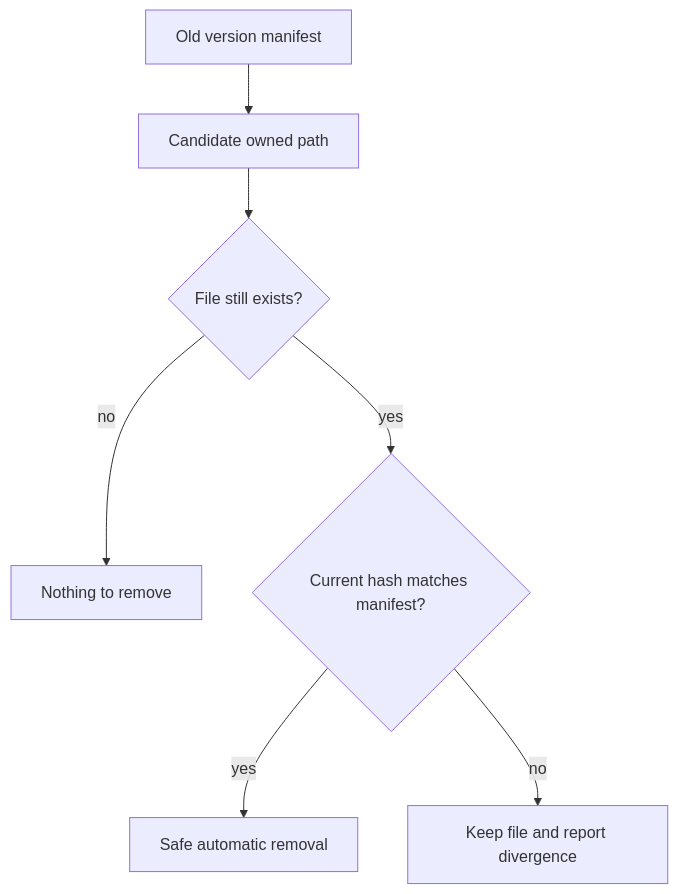
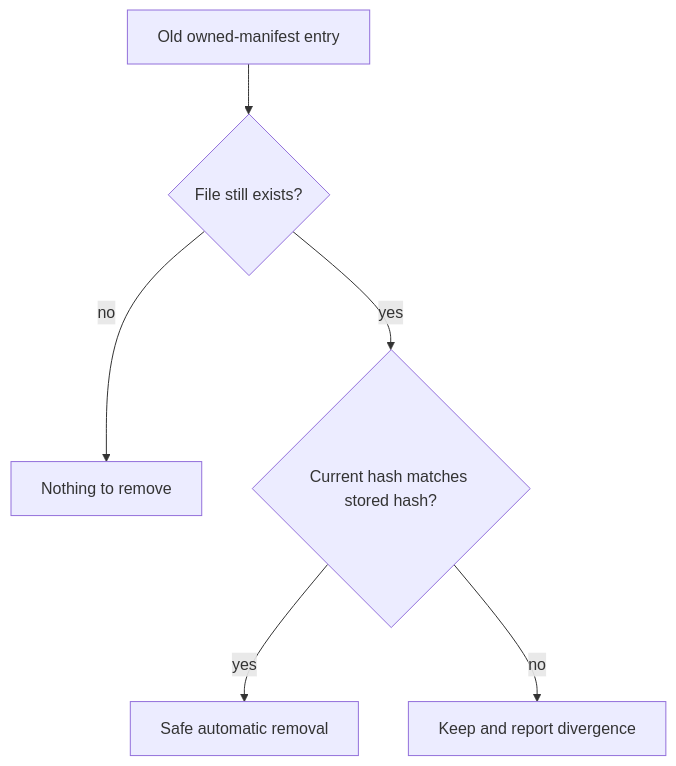
One commit to adeccscholar/BuildEngine-Admin changed the sixth of 10 diagrams in admin/server-docs/library-extensions.md. Above: the diagram before and after it, drawn with Mermaid. The commit also changed other lines of this file, not shown here.

````diff
--- a/admin/server-docs/library-extensions.md
+++ b/admin/server-docs/library-extensions.md
@@ -278,9 +275,8 @@
 ```mermaid
 flowchart TD
-    O[Old version manifest] --> P[Candidate owned path]
-    P --> E{File still exists?}
+    O[Old owned-manifest entry] --> E{File still exists?}
     E -- no --> N[Nothing to remove]
-    E -- yes --> H{Current hash matches manifest?}
+    E -- yes --> H{Current hash matches stored hash?}
     H -- yes --> R[Safe automatic removal]
-    H -- no --> K[Keep file and report divergence]
+    H -- no --> K[Keep and report divergence]
 ```
````
